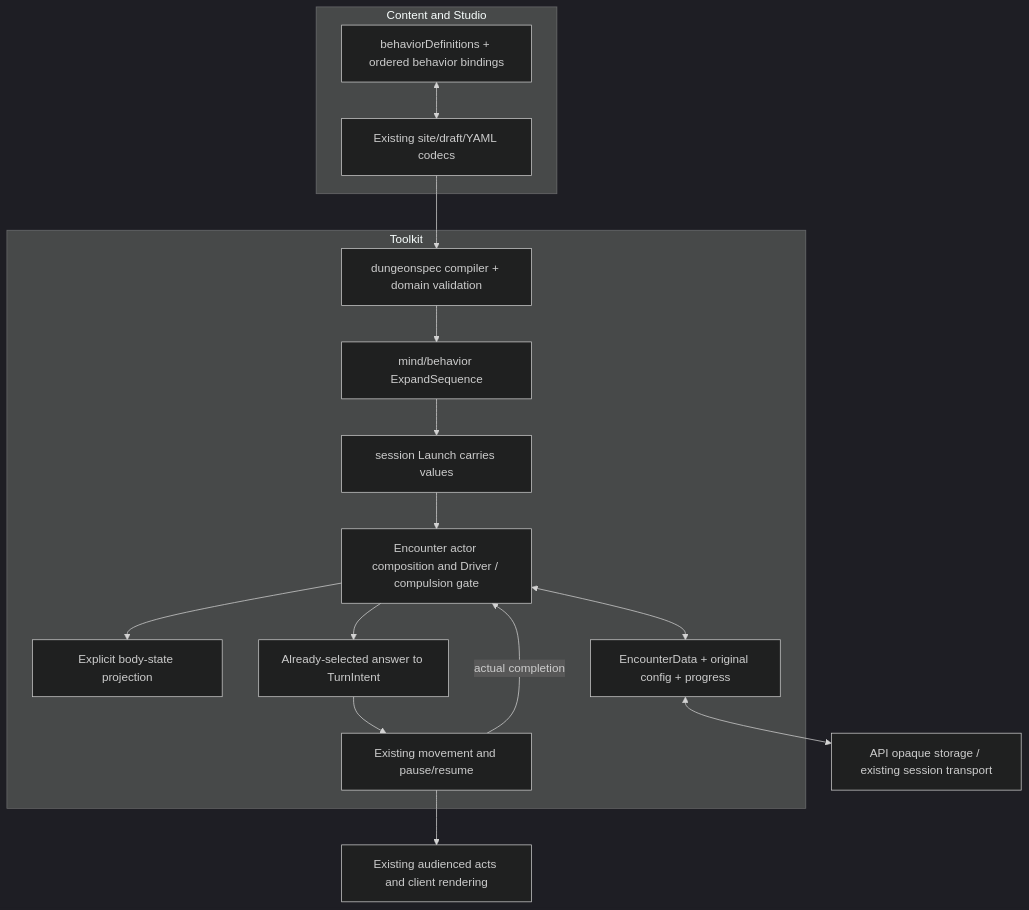
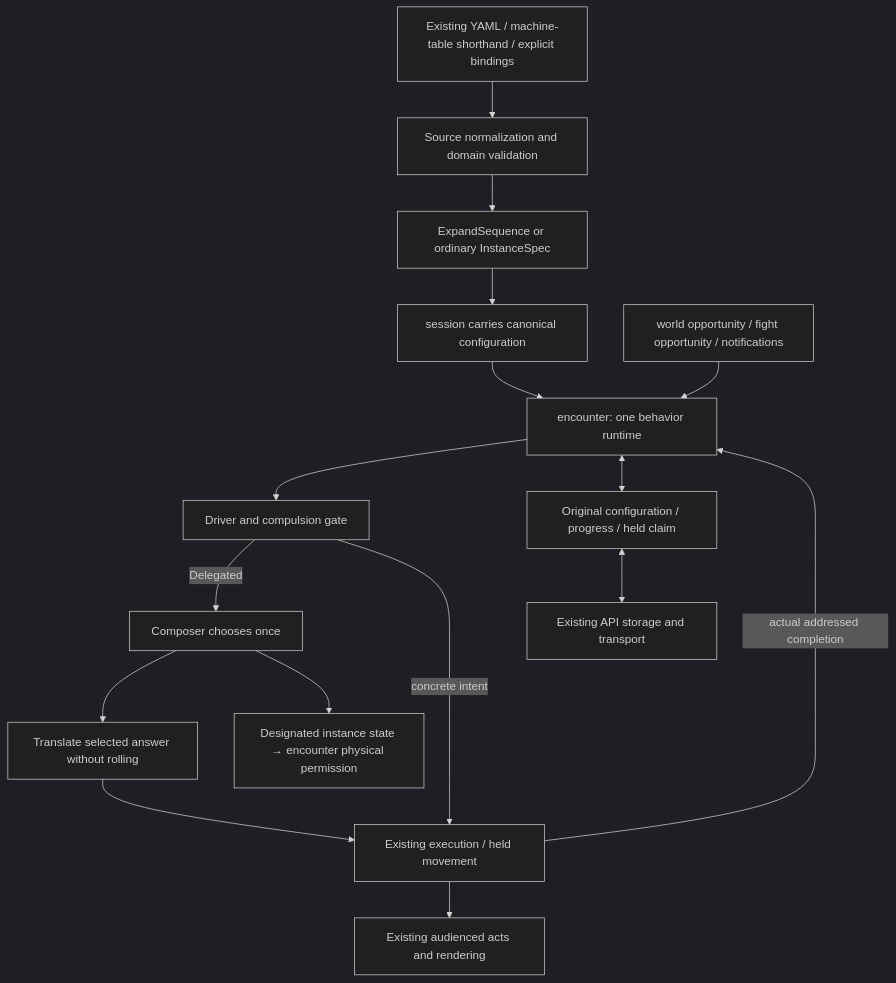
One commit to KirkDiggler/rpg-project changed the diagram in ideas/behavior-bindings/consumer.md. Above: the diagram before and after it, drawn with Mermaid (dark theme). The commit also changed other lines of this file and 4 other files, not shown here.

````diff
--- a/ideas/behavior-bindings/consumer.md
+++ b/ideas/behavior-bindings/consumer.md
@@ -11,26 +11,18 @@
 ```mermaid
 flowchart TD
-    subgraph Authoring["Content and Studio"]
-      Source["behaviorDefinitions + ordered behavior bindings"]
-      Codec["Existing site/draft/YAML codecs"]
-      Source <--> Codec
-    end
-    subgraph Toolkit["Toolkit"]
-      Compile["dungeonspec compiler + domain validation"]
-      Expand["mind/behavior ExpandSequence"]
-      Launch["session Launch carries values"]
-      Actor["Encounter actor composition and Driver / compulsion gate"]
-      Body["Explicit body-state projection"]
-      Intent["Already-selected answer to TurnIntent"]
-      Walk["Existing movement and pause/resume"]
-      Save["EncounterData + original config + progress"]
-      Compile --> Expand --> Launch --> Actor
-      Actor --> Body
-      Actor --> Intent --> Walk
-      Walk -->|actual completion| Actor
-      Actor <--> Save
-    end
-    Codec --> Compile
-    Save <--> API["API opaque storage / existing session transport"]
-    Walk --> View["Existing audienced acts and client rendering"]
+    Source["Existing YAML / machine-table shorthand / explicit bindings"] --> Normalize["Source normalization and domain validation"]
+    Normalize --> Expand["ExpandSequence or ordinary InstanceSpec"]
+    Expand --> Launch["session carries canonical configuration"]
+    Launch --> Actor["encounter: one behavior runtime"]
+    Clock["world opportunity / fight opportunity / notifications"] --> Actor
+    Actor --> Gate["Driver and compulsion gate"]
+    Gate -->|Delegated| Compose["Composer chooses once"]
+    Gate -->|concrete intent| Execute["Existing execution / held movement"]
+    Compose --> Translate["Translate selected answer without rolling"]
+    Translate --> Execute
+    Compose --> Body["Designated instance state → encounter physical permission"]
+    Execute -->|actual addressed completion| Actor
+    Actor <--> Saved["Original configuration / progress / held claim"]
+    Saved <--> API["Existing API storage and transport"]
+    Execute --> View["Existing audienced acts and rendering"]
 ```
````
